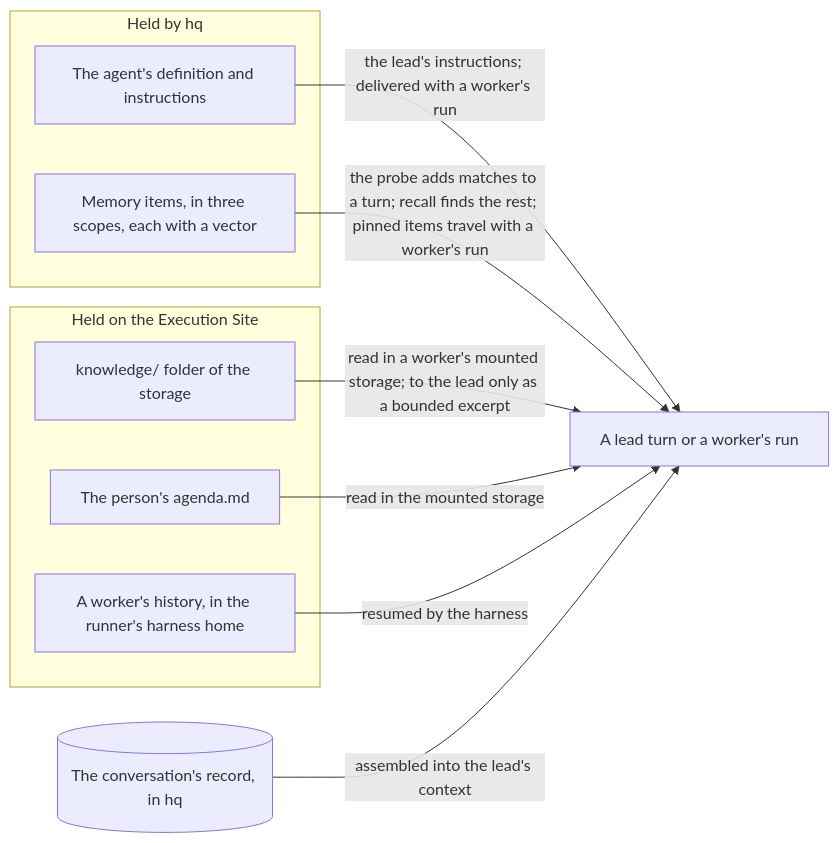
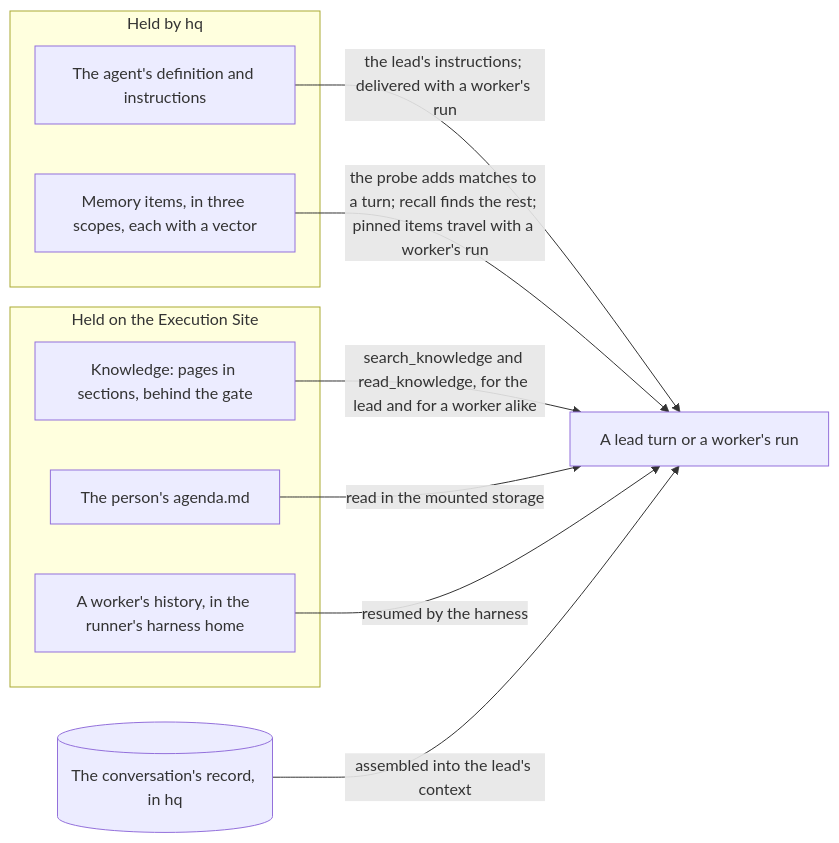
The diagram in docs/concepts/memory/memory.md (solution84-com/agenthix), drawn with Mermaid before and after one commit. The commit also changed other lines of this file and 33 other files, not shown here.

Commit message:
docs: knowledge in the concepts, the architecture and the user guide, the QA contract's stories and scenarios (SC-1368–SC-1446), and the rule that tests calling a real model run on a low-cost, capable baseline

````diff
--- a/docs/concepts/memory/memory.md
+++ b/docs/concepts/memory/memory.md
@@ -6,19 +6,19 @@
 ```mermaid
 flowchart LR
     subgraph HQ ["Held by hq"]
         DEF["The agent's definition and instructions"]
         MEM["Memory items, in three scopes, each with a vector"]
     end
     subgraph SITE ["Held on the Execution Site"]
-        KN["knowledge/ folder of the storage"]
+        KN["Knowledge: pages in sections, behind the gate"]
         AG["The person's agenda.md"]
         HH["A worker's history, in the runner's harness home"]
     end
     REC[("The conversation's record, in hq")]
     DEF -->|"the lead's instructions; delivered with a worker's run"| USE["A lead turn or a worker's run"]
     MEM -->|"the probe adds matches to a turn; recall finds the rest; pinned items travel with a worker's run"| USE
-    KN -->|"read in a worker's mounted storage; to the lead only as a bounded excerpt"| USE
+    KN -->|"search_knowledge and read_knowledge, for the lead and for a worker alike"| USE
     AG -->|"read in the mounted storage"| USE
     HH -->|"resumed by the harness"| USE
     REC -->|"assembled into the lead's context"| USE
 ```
````
